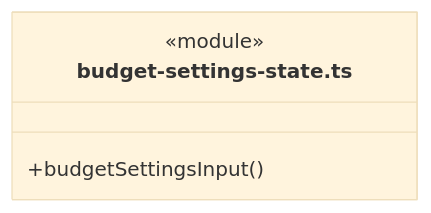
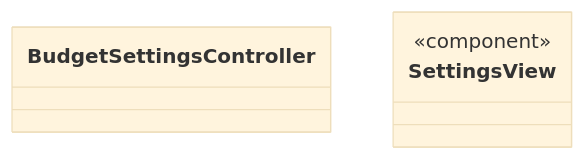
One commit to nan023062/cbim changed the diagram in src/view/settings/ARCHITECTURE.md. Above: the diagram before and after it, drawn with Mermaid (base theme). The commit also changed other lines of this file and 158 other files, not shown here.

Commit message:
docs: model architecture through nested virtual encapsulations

````diff
--- a/src/view/settings/ARCHITECTURE.md
+++ b/src/view/settings/ARCHITECTURE.md
@@ -283,7 +20,9 @@
 ```mermaid
 classDiagram
-class N_src_view_settings_budget_settings_state_ts["budget-settings-state.ts"] {
-  <<module>>
-  +budgetSettingsInput()
+class N_2aa38c2ceb72["BudgetSettingsController"]
+click N_2aa38c2ceb72 href "budget-settings-state.ts"
+class N_efa59f360569["SettingsView"] {
+  <<component>>
 }
+click N_efa59f360569 href "SettingsView.tsx"
 ```
````
